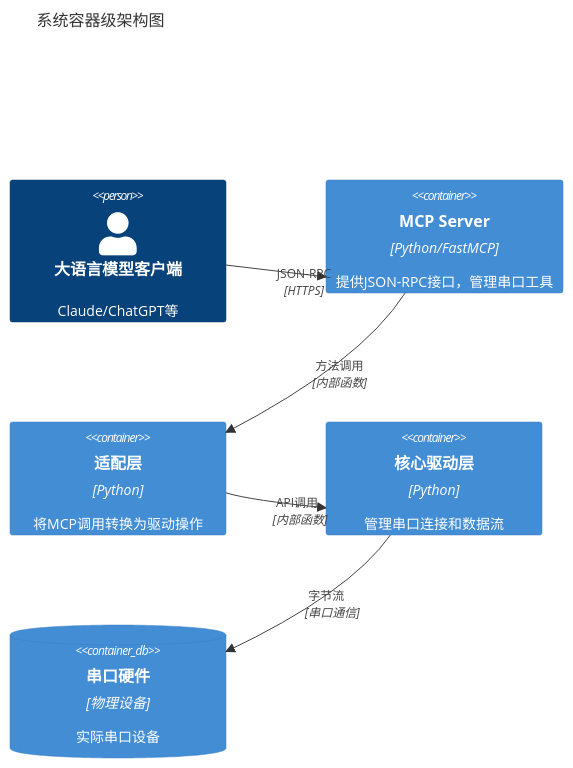
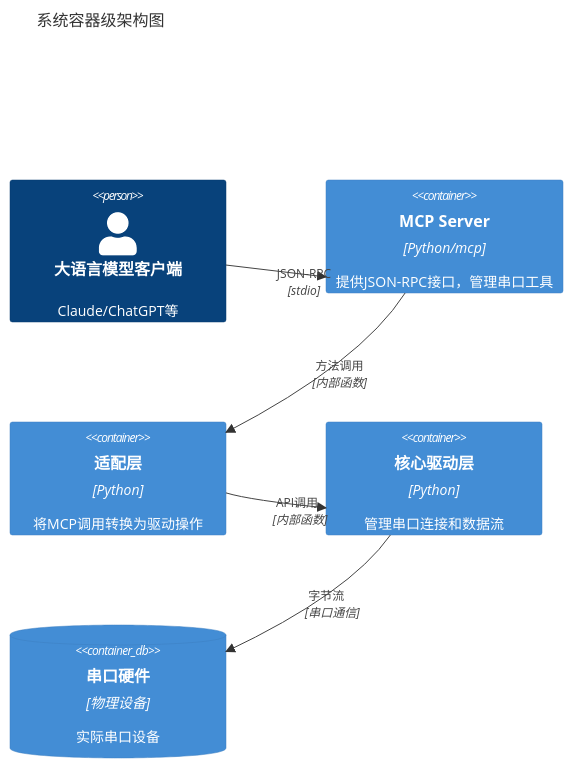
Before and after one commit to niusulong/serial2mcp1: the first of 5 diagrams in doc/05-软件实现架构文档.md, drawn with Mermaid. The commit also changed other lines of this file and 13 other files, not shown here.

````diff
--- a/doc/05-软件实现架构文档.md
+++ b/doc/05-软件实现架构文档.md
@@ -23,17 +24,17 @@
 ```mermaid
 C4Context
     title 系统容器级架构图
-    
+
     Person(llm_client, "大语言模型客户端", "Claude/ChatGPT等")
-    
-    Container(mcp_server, "MCP Server", "Python/FastMCP", "提供JSON-RPC接口，管理串口工具")
+
+    Container(mcp_server, "MCP Server", "Python/mcp", "提供JSON-RPC接口，管理串口工具")
     Container(adapter_layer, "适配层", "Python", "将MCP调用转换为驱动操作")
     Container(core_driver, "核心驱动层", "Python", "管理串口连接和数据流")
-    
+
     ContainerDb(serial_hardware, "串口硬件", "物理设备", "实际串口设备")
-    
-    Rel(llm_client, mcp_server, "JSON-RPC", "HTTPS")
+
+    Rel(llm_client, mcp_server, "JSON-RPC", "stdio")
     Rel(mcp_server, adapter_layer, "方法调用", "内部函数")
     Rel(adapter_layer, core_driver, "API调用", "内部函数")
     Rel(core_driver, serial_hardware, "字节流", "串口通信")
 ```
````
